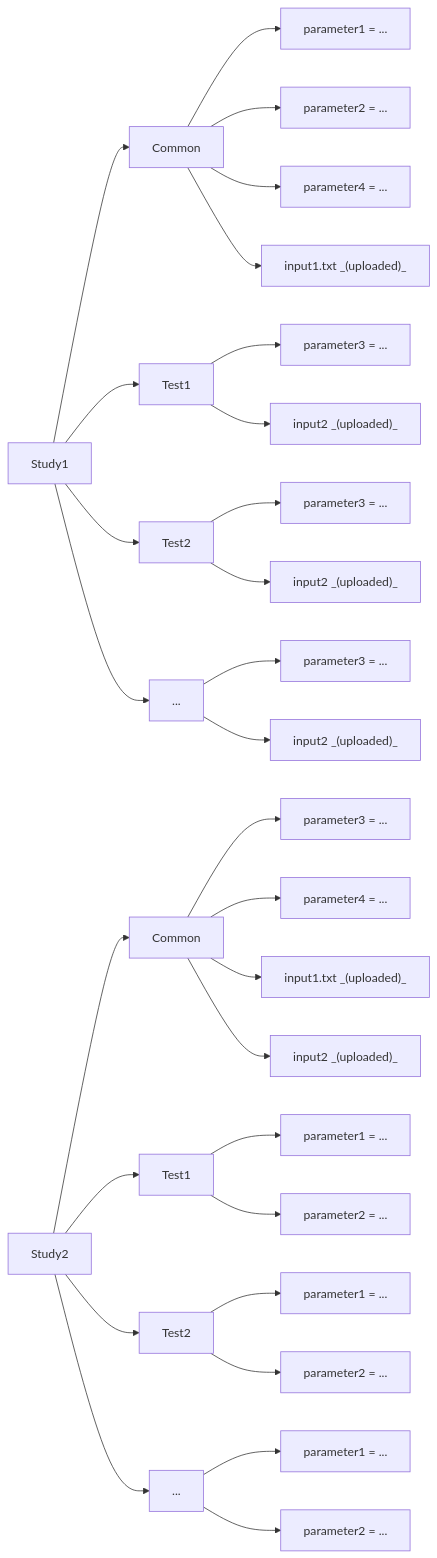
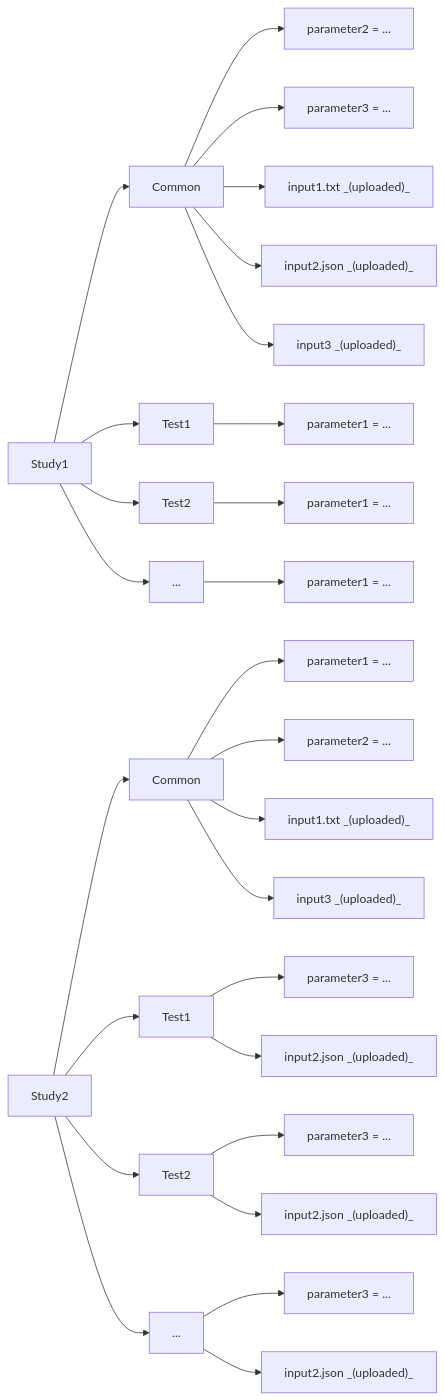
Before and after one commit to nuremics/nuremics: diagram 16 of 17 in README.md, drawn with Mermaid. The commit also changed other lines of this file, not shown here.

````diff
--- a/README.md
+++ b/README.md
@@ -490,40 +490,36 @@
 ```mermaid
 flowchart LR
     Study1 --> Study1_Common["Common"]
     Study1 --> Study1_Test1["Test1"]
     Study1 --> Study1_Test2["Test2"]
     Study1 --> Study1_Test3["..."]
     
-    Study1_Common --> common1_param1["parameter1 = ..."]
     Study1_Common --> common1_param2["parameter2 = ..."]
-    Study1_Common --> common1_param4["parameter4 = ..."]
+    Study1_Common --> common1_param3["parameter3 = ..."]
     Study1_Common --> common1_input1["input1.txt _(uploaded)_"]
+    Study1_Common --> common1_input2["input2.json _(uploaded)_"]
+    Study1_Common --> common1_input3["input3 _(uploaded)_"]
 
-    Study1_Test1 --> test1_param3["parameter3 = ..."]
-    Study1_Test1 --> test1_input2["input2 _(uploaded)_"]
-
-    Study1_Test2 --> test2_param3["parameter3 = ..."]
-    Study1_Test2 --> test2_input2["input2 _(uploaded)_"]
-
-    Study1_Test3 --> test4_param3["parameter3 = ..."]
-    Study1_Test3 --> test4_input2["input2 _(uploaded)_"]
+    Study1_Test1 --> test1_param1["parameter1 = ..."]
+    Study1_Test2 --> test2_param1["parameter1 = ..."]
+    Study1_Test3 --> test3_param1["parameter1 = ..."]
 
     Study2 --> Study2_Common["Common"]
     Study2 --> Study2_Test1["Test1"]
     Study2 --> Study2_Test2["Test2"]
     Study2 --> Study2_Test3["..."]
     
-    Study2_Common --> common2_param3["parameter3 = ..."]
-    Study2_Common --> common2_param4["parameter4 = ..."]
+    Study2_Common --> common2_param1["parameter1 = ..."]
+    Study2_Common --> common2_param2["parameter2 = ..."]
     Study2_Common --> common2_input1["input1.txt _(uploaded)_"]
-    Study2_Common --> common2_input2["input2 _(uploaded)_"]
+    Study2_Common --> common2_input3["input3 _(uploaded)_"]
 
-    Study2_Test1 --> test1_param1["parameter1 = ..."]
-    Study2_Test1 --> test1_param2["parameter2 = ..."]
+    Study2_Test1 --> test1_param3["parameter3 = ..."]
+    Study2_Test1 --> test1_path2["input2.json _(uploaded)_"]
 
-    Study2_Test2 --> test2_param1["parameter1 = ..."]
-    Study2_Test2 --> test2_param2["parameter2 = ..."]
+    Study2_Test2 --> test2_param3["parameter3 = ..."]
+    Study2_Test2 --> test2_path2["input2.json _(uploaded)_"]
 
-    Study2_Test3 --> test4_param1["parameter1 = ..."]
-    Study2_Test3 --> test4_param2["parameter2 = ..."]
+    Study2_Test3 --> test3_param3["parameter3 = ..."]
+    Study2_Test3 --> test3_path2["input2.json _(uploaded)_"]
 ```
````
